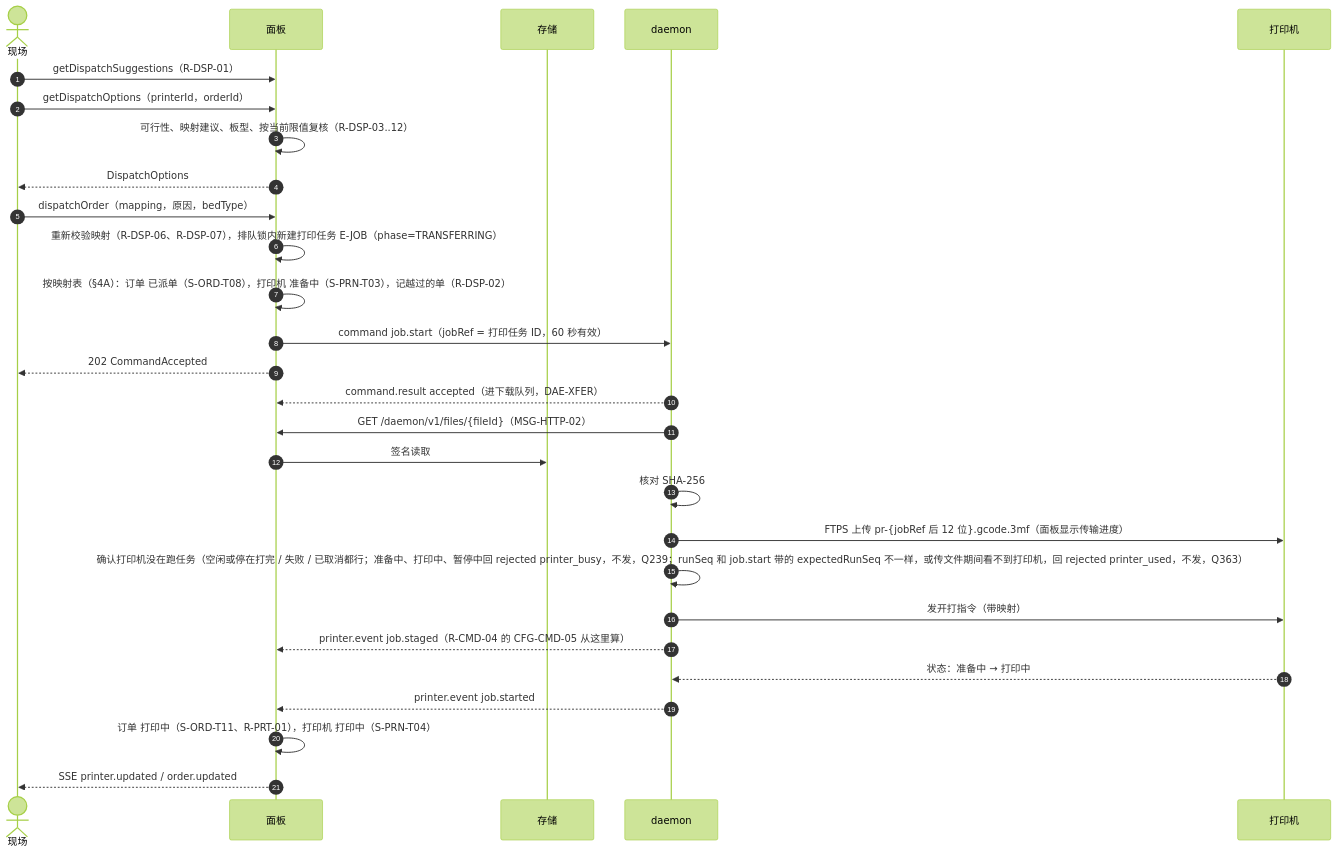
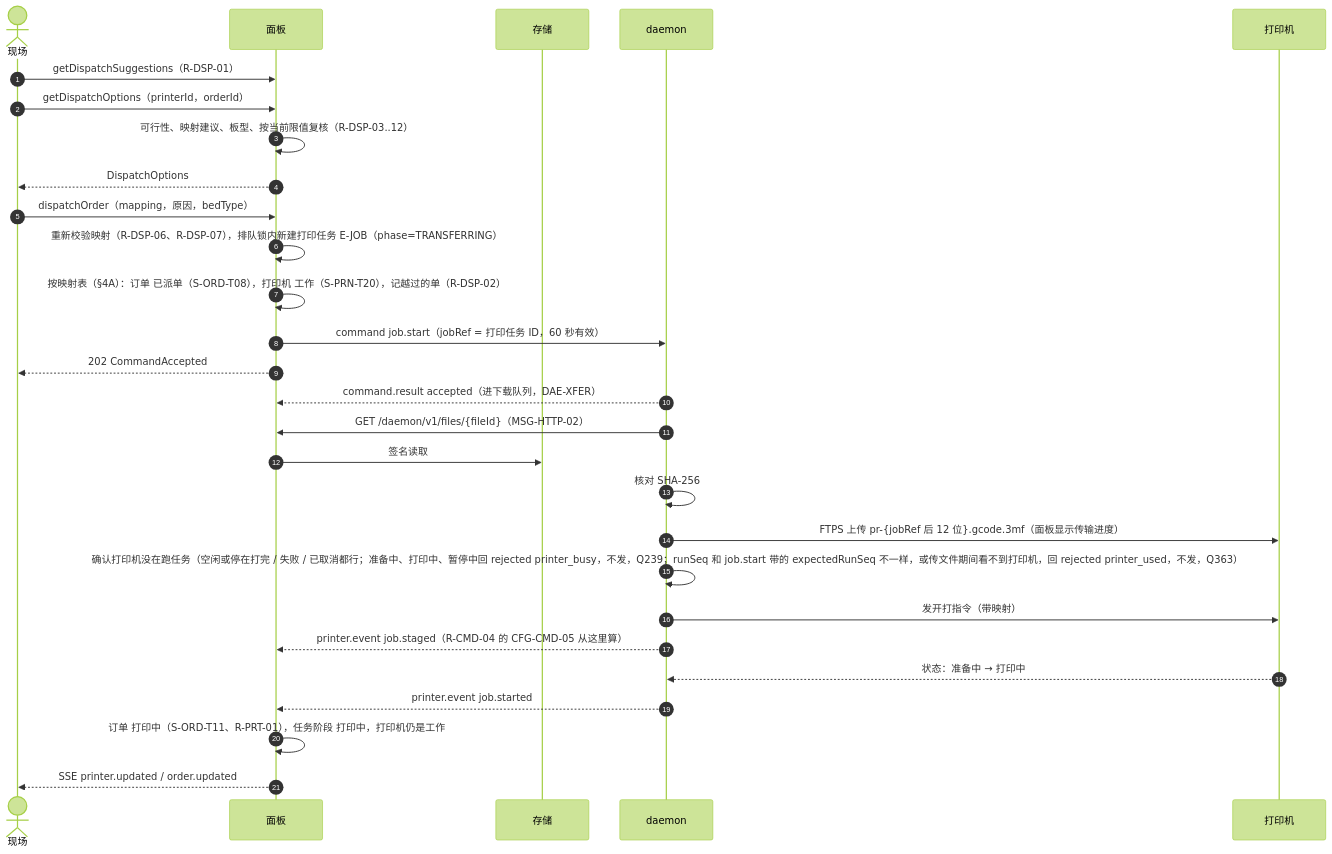
One commit to PlateRelay/PlateRelay changed the third of 11 diagrams in docs/design/03-sequences.md. Above: the diagram before and after it, drawn with Mermaid (forest theme). The commit also changed other lines of this file and 4 other files, not shown here.

First line of the commit message:
docs(design): update sequences and clean up references to removed rules in second draft

````diff
--- a/docs/design/03-sequences.md
+++ b/docs/design/03-sequences.md
@@ -115,30 +114,30 @@
 ```mermaid
 sequenceDiagram
   autonumber
   actor S as 现场
   participant P as 面板
   participant O as 存储
   participant D as daemon
   participant R as 打印机
   S->>P: getDispatchSuggestions（R-DSP-01）
   S->>P: getDispatchOptions（printerId，orderId）
   P->>P: 可行性、映射建议、板型、按当前限值复核（R-DSP-03..12）
   P-->>S: DispatchOptions
   S->>P: dispatchOrder（mapping，原因，bedType）
   P->>P: 重新校验映射（R-DSP-06、R-DSP-07），排队锁内新建打印任务 E-JOB（phase=TRANSFERRING）
-  P->>P: 按映射表（§4A）：订单 已派单（S-ORD-T08），打印机 准备中（S-PRN-T03），记越过的单（R-DSP-02）
+  P->>P: 按映射表（§4A）：订单 已派单（S-ORD-T08），打印机 工作（S-PRN-T20），记越过的单（R-DSP-02）
   P->>D: command job.start（jobRef = 打印任务 ID，60 秒有效）
   P-->>S: 202 CommandAccepted
   D-->>P: command.result accepted（进下载队列，DAE-XFER）
   D->>P: GET /daemon/v1/files/{fileId}（MSG-HTTP-02）
   P->>O: 签名读取
   D->>D: 核对 SHA-256
   D->>R: FTPS 上传 pr-{jobRef 后 12 位}.gcode.3mf（面板显示传输进度）
   D->>D: 确认打印机没在跑任务（空闲或停在打完 / 失败 / 已取消都行；准备中、打印中、暂停中回 rejected printer_busy，不发，Q239；runSeq 和 job.start 带的 expectedRunSeq 不一样，或传文件期间看不到打印机，回 rejected printer_used，不发，Q363）
   D->>R: 发开打指令（带映射）
   D-->>P: printer.event job.staged（R-CMD-04 的 CFG-CMD-05 从这里算）
   R-->>D: 状态：准备中 → 打印中
   D-->>P: printer.event job.started
-  P->>P: 订单 打印中（S-ORD-T11、R-PRT-01），打印机 打印中（S-PRN-T04）
+  P->>P: 订单 打印中（S-ORD-T11、R-PRT-01），任务阶段 打印中，打印机仍是工作
   P-->>S: SSE printer.updated / order.updated
 ```
````
